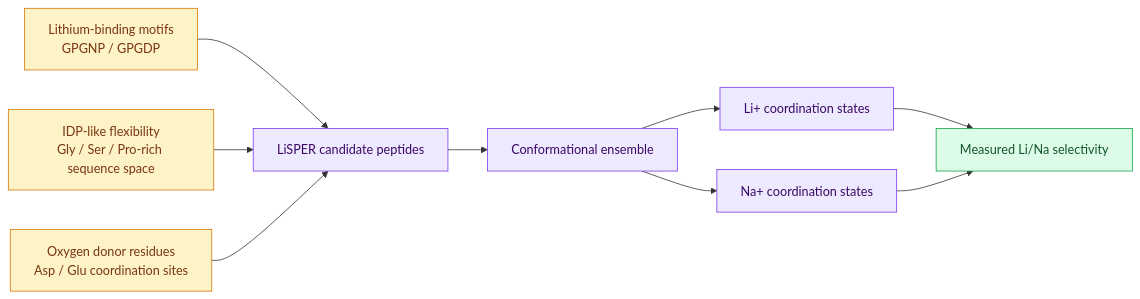
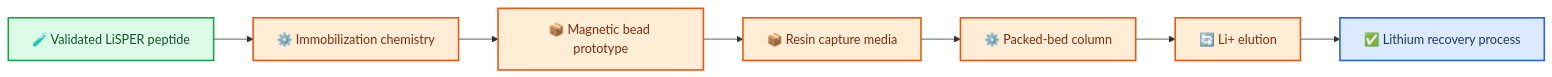
Before and after one commit to jackyissocute/LiSPER: the fourth of 4 diagrams in README.md, drawn with Mermaid. The commit also changed other lines of this file and 2 other files, not shown here.

````diff
--- a/README.md
+++ b/README.md
@@ -134,18 +194,20 @@
 ```mermaid
 flowchart LR
-    A["Lithium-binding motifs<br/>GPGNP / GPGDP"] --> D["LiSPER candidate peptides"]
-    B["IDP-like flexibility<br/>Gly / Ser / Pro-rich sequence space"] --> D
-    C["Oxygen donor residues<br/>Asp / Glu coordination sites"] --> D
-    D --> E["Conformational ensemble"]
-    E --> F["Li+ coordination states"]
-    E --> G["Na+ coordination states"]
-    F --> H["Measured Li/Na selectivity"]
-    G --> H
+    accTitle: Bio-DLE Translation Path
+    accDescr: The industrial translation path starts with validated LiSPER peptides and moves toward immobilized formats, column operation, lithium elution, and lithium recovery.
 
-    classDef idea fill:#fef3c7,stroke:#d97706,color:#78350f
-    classDef peptide fill:#ede9fe,stroke:#7c3aed,color:#3b0764
-    classDef result fill:#dcfce7,stroke:#16a34a,color:#14532d
-    class A,B,C idea
-    class D,E,F,G peptide
-    class H result
+    peptide[🧪 Validated LiSPER peptide] --> immobilization[⚙️ Immobilization chemistry]
+    immobilization --> beads[📦 Magnetic bead prototype]
+    beads --> resin[📦 Resin capture media]
+    resin --> column[⚙️ Packed-bed column]
+    column --> elution[🔄 Li+ elution]
+    elution --> recovery[✅ Lithium recovery process]
+
+    classDef experimental fill:#dcfce7,stroke:#16a34a,stroke-width:2px,color:#14532d
+    classDef industrial fill:#ffedd5,stroke:#ea580c,stroke-width:2px,color:#7c2d12
+    classDef result fill:#dbeafe,stroke:#2563eb,stroke-width:2px,color:#1e3a5f
+
+    class peptide experimental
+    class immobilization,beads,resin,column,elution industrial
+    class recovery result
 ```
````
